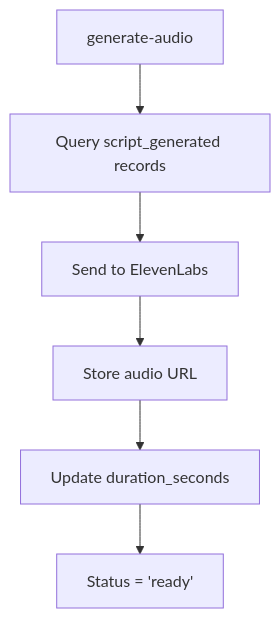
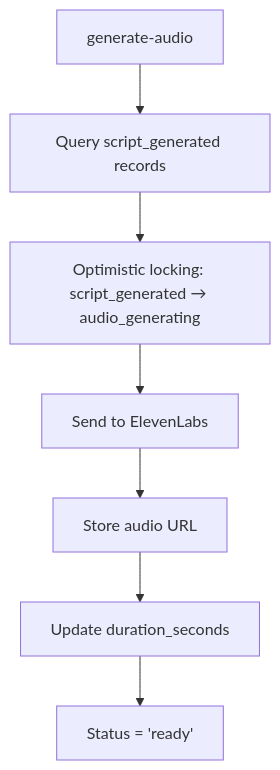
Before and after one commit to n8peace/DayStart: the fourth of 5 diagrams in docs/proposed-function-flow.md, drawn with Mermaid. The commit also changed other lines of this file and 4 other files, not shown here.

````diff
--- a/docs/proposed-function-flow.md
+++ b/docs/proposed-function-flow.md
@@ -107,8 +107,9 @@
 ```mermaid
 graph TD
     A[generate-audio] --> B[Query script_generated records]
-    B --> C[Send to ElevenLabs]
-    C --> D[Store audio URL]
-    D --> E[Update duration_seconds]
-    E --> F[Status = 'ready']
+    B --> C[Optimistic locking: script_generated → audio_generating]
+    C --> D[Send to ElevenLabs]
+    D --> E[Store audio URL]
+    E --> F[Update duration_seconds]
+    F --> G[Status = 'ready']
 ```
````
